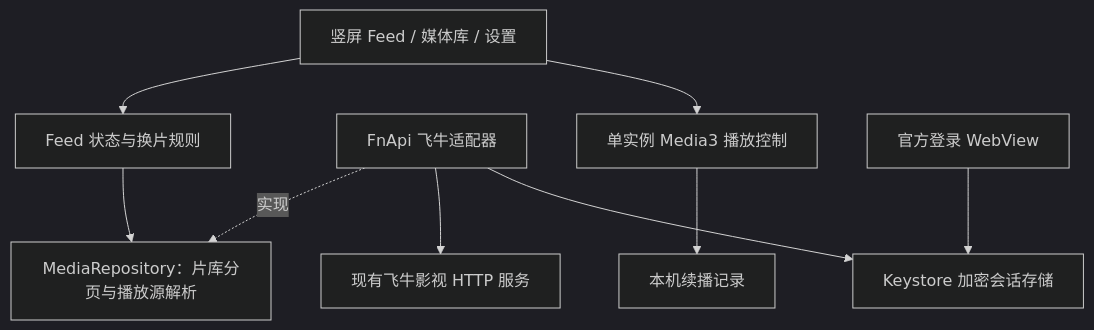
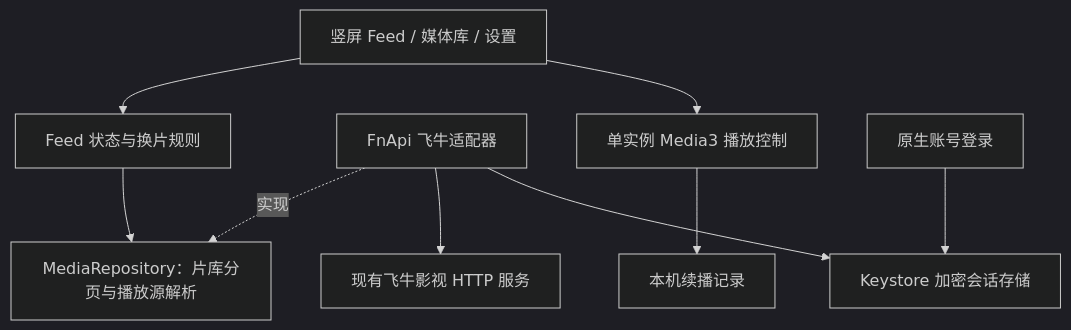
One commit to Muwei-TA/fnvedio changed the diagram in docs/ARCHITECTURE.md. Above: the diagram before and after it, drawn with Mermaid (dark theme). The commit also changed other lines of this file and 14 other files, not shown here.

````diff
--- a/docs/ARCHITECTURE.md
+++ b/docs/ARCHITECTURE.md
@@ -31,11 +31,11 @@
 ```mermaid
 flowchart TD
     UI[竖屏 Feed / 媒体库 / 设置] --> Feed[Feed 状态与换片规则]
     Feed --> Catalog[MediaRepository：片库分页与播放源解析]
     Fn[FnApi 飞牛适配器] -. 实现 .-> Catalog
     Fn --> NAS[现有飞牛影视 HTTP 服务]
     UI --> Player[单实例 Media3 播放控制]
     Player --> Resume[本机续播记录]
-    Login[官方登录 WebView] --> Session[Keystore 加密会话存储]
+    Login[原生账号登录] --> Session[Keystore 加密会话存储]
     Fn --> Session
 ```
````
